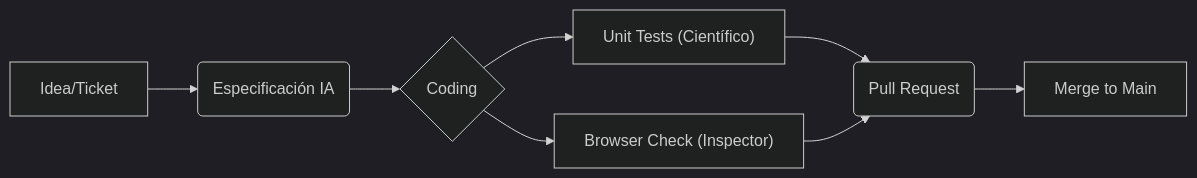
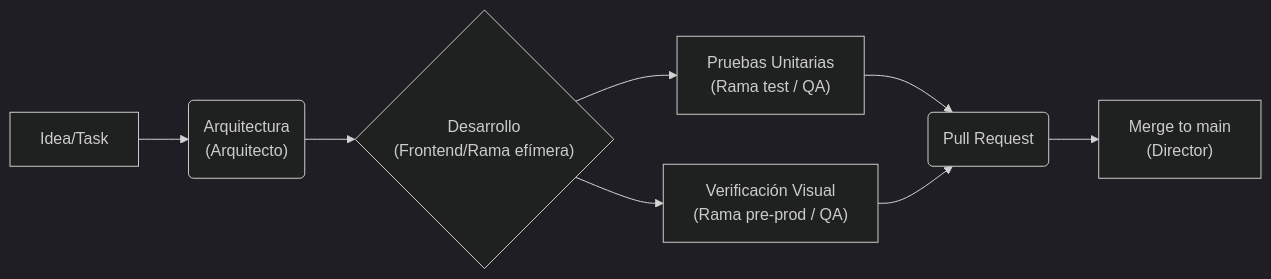
One commit to JonyDevProjects/IP_Prototype changed the first of 2 diagrams in viz-app/docs/process/METHODOLOGY.md. Above: the diagram before and after it, drawn with Mermaid (dark theme). The commit also changed other lines of this file and 3 other files, not shown here.

````diff
--- a/viz-app/docs/process/METHODOLOGY.md
+++ b/viz-app/docs/process/METHODOLOGY.md
@@ -26,10 +28,10 @@
 ```mermaid
 graph LR
-    A[Idea/Ticket] --> B("Especificación IA");
-    B --> C{Coding};
-    C --> D["Unit Tests (Científico)"];
-    C --> E["Browser Check (Inspector)"];
-    D --> F("Pull Request");
-    E --> F;
-    F --> G["Merge to Main"];
+    A["Idea/Task"] --> B("Arquitectura<br/>(Arquitecto)")
+    B --> C{"Desarrollo<br/>(Frontend/Rama efímera)"}
+    C --> D["Pruebas Unitarias<br/>(Rama test / QA)"]
+    C --> E["Verificación Visual<br/>(Rama pre-prod / QA)"]
+    D --> F("Pull Request")
+    E --> F
+    F --> G["Merge to main<br/>(Director)"]
 ```
````
